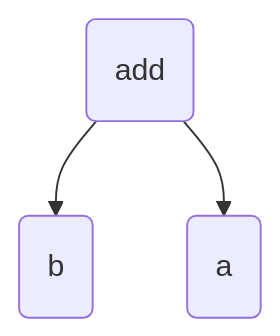
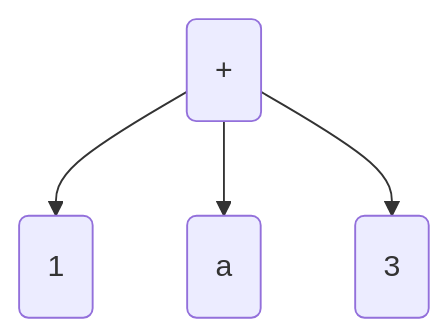
The seventh of 49 diagrams in src/essays/number-tree/essay.md (pengvyn/kavpix-code), drawn with Mermaid before and after one commit. The commit also changed other lines of this file and 1 other file, not shown here.

````diff
--- a/src/essays/number-tree/essay.md
+++ b/src/essays/number-tree/essay.md
@@ -54,5 +145,6 @@
 ```mermaid
     graph TD;
-        add(add) --> b(b);
+        add(+) --> 1(1);
         add --> a(a);
+        add --> 3(3);
 ```
````
